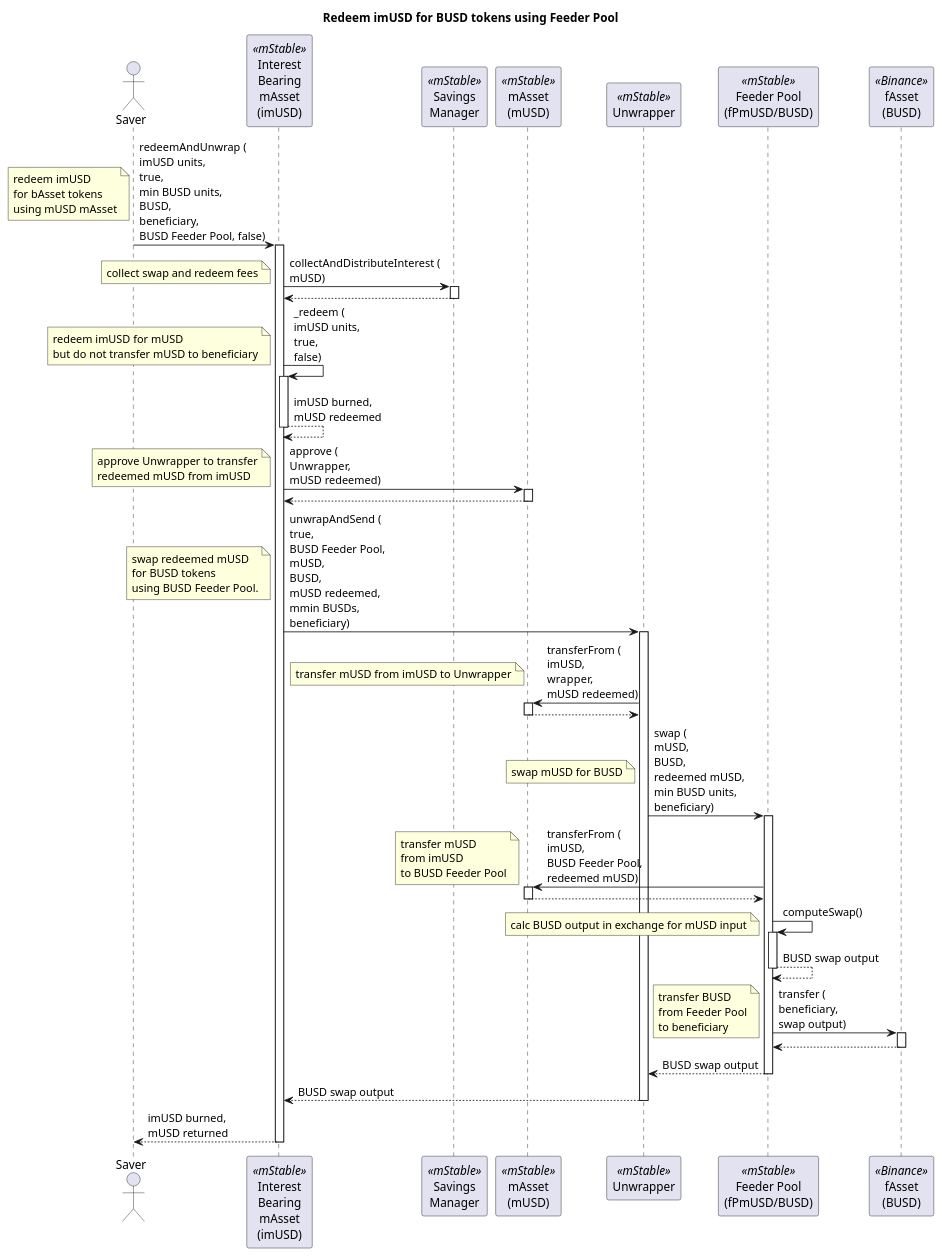
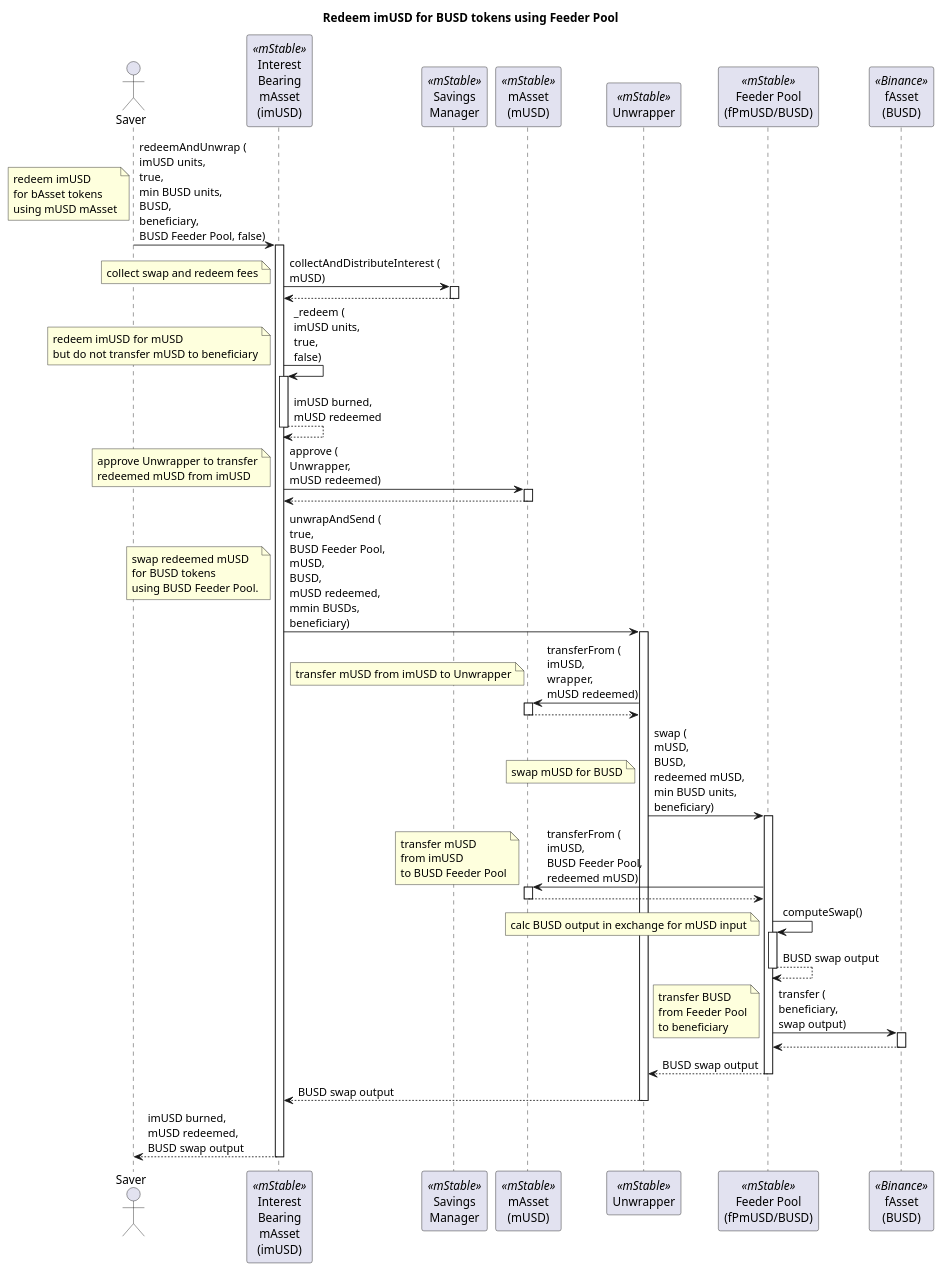
Before and after one commit to mstable/mStable-process-docs: the diagram in unwrapper/imusd_busd.puml, drawn with PlantUML. The commit also changed 7 other files, not shown here.

```diff
--- a/unwrapper/imusd_busd.puml
+++ b/unwrapper/imusd_busd.puml
@@ -1,62 +1,62 @@
 @startuml
 
 title "Redeem imUSD for BUSD tokens using Feeder Pool"
 
 actor "Saver" as user
 participant "Interest\nBearing\nmAsset\n(imUSD)" as imusd <<mStable>>
 participant "Savings\nManager" as sm <<mStable>>
 participant "mAsset\n(mUSD)" as musd <<mStable>>
 participant "Unwrapper" as wrapper <<mStable>>
 participant "Feeder Pool\n(fPmUSD/BUSD)" as fp <<mStable>>
 participant "fAsset\n(BUSD)" as busd <<Binance>>
 
 user -> imusd : redeemAndUnwrap (\nimUSD units,\ntrue,\nmin BUSD units,\nBUSD,\nbeneficiary,\nBUSD Feeder Pool, false)
 activate imusd
 note left: redeem imUSD\nfor bAsset tokens\nusing mUSD mAsset
 
 imusd -> sm : collectAndDistributeInterest (\nmUSD)
 activate sm
 note left: collect swap and redeem fees
 return
 
 imusd -> imusd : _redeem (\nimUSD units,\ntrue,\nfalse)
 activate imusd
 note left: redeem imUSD for mUSD\nbut do not transfer mUSD to beneficiary
 return imUSD burned,\nmUSD redeemed
 
 imusd -> musd : approve (\nUnwrapper,\nmUSD redeemed)
 activate musd
 note left: approve Unwrapper to transfer\nredeemed mUSD from imUSD
 return
 
 imusd -> wrapper : unwrapAndSend (\ntrue,\nBUSD Feeder Pool,\nmUSD,\nBUSD,\nmUSD redeemed,\nmmin BUSDs,\nbeneficiary)
 activate wrapper
 note left: swap redeemed mUSD\nfor BUSD tokens\nusing BUSD Feeder Pool.
 wrapper -> musd : transferFrom (\nimUSD,\nwrapper,\nmUSD redeemed)
 activate musd 
 note left: transfer mUSD from imUSD to Unwrapper
 return
 
 wrapper -> fp : swap (\nmUSD,\nBUSD,\nredeemed mUSD,\nmin BUSD units,\nbeneficiary)
 activate fp
 note left: swap mUSD for BUSD
 fp -> musd : transferFrom (\nimUSD,\nBUSD Feeder Pool,\nredeemed mUSD)
 activate musd
 note left: transfer mUSD\nfrom imUSD\nto BUSD Feeder Pool
 return
 
 fp -> fp : computeSwap()
 activate fp 
 note left: calc BUSD output in exchange for mUSD input
 return BUSD swap output
 fp -> busd : transfer (\nbeneficiary,\nswap output)
 activate busd
 note left: transfer BUSD\nfrom Feeder Pool\nto beneficiary
 return
 return BUSD swap output
 
 return BUSD swap output
 
-return imUSD burned,\nmUSD returned
+return imUSD burned,\nmUSD redeemed,\nBUSD swap output
 
 @enduml
```
